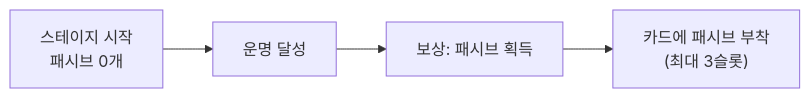
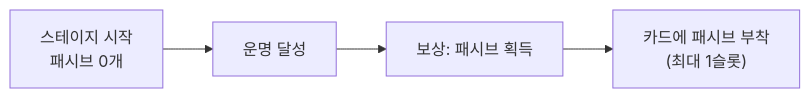
The diagram in 02_전투/유닛/영웅.md (roam1215-beep/Chronicle-wiki), drawn with Mermaid before and after one commit. The commit also changed other lines of this file and 9 other files, not shown here.

````diff
--- a/02_전투/유닛/영웅.md
+++ b/02_전투/유닛/영웅.md
@@ -106,6 +106,6 @@
 ```mermaid
 flowchart LR
     A["스테이지 시작\n패시브 0개"] --> B["운명 달성"]
     B --> C["보상: 패시브 획득"]
-    C --> D["카드에 패시브 부착\n(최대 3슬롯)"]
+    C --> D["카드에 패시브 부착\n(최대 1슬롯)"]
 ```
````
